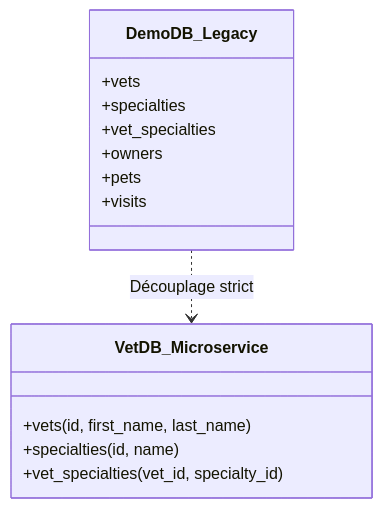
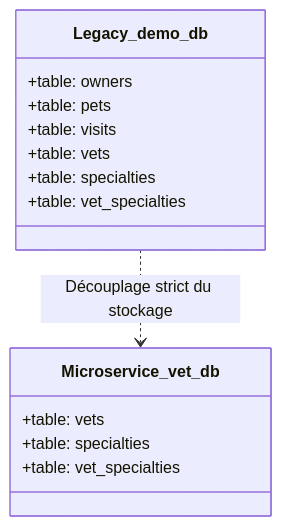
The fifth of 8 diagrams in README.md (abdochiguer/Monolith-to-Microservices-Migration), drawn with Mermaid before and after one commit. The commit also changed other lines of this file, not shown here.

````diff
--- a/README.md
+++ b/README.md
@@ -192,17 +300,17 @@
 ```mermaid
 classDiagram
-    class DemoDB_Legacy {
-        +vets
-        +specialties
-        +vet_specialties
-        +owners
-        +pets
-        +visits
+    class Legacy_demo_db {
+        +table: owners
+        +table: pets
+        +table: visits
+        +table: vets
+        +table: specialties
+        +table: vet_specialties
     }
-    class VetDB_Microservice {
-        +vets (id, first_name, last_name)
-        +specialties (id, name)
-        +vet_specialties (vet_id, specialty_id)
+    class Microservice_vet_db {
+        +table: vets
+        +table: specialties
+        +table: vet_specialties
     }
-    DemoDB_Legacy ..> VetDB_Microservice : Découplage strict
+    Legacy_demo_db ..> Microservice_vet_db : Découplage strict du stockage
 ```
````
